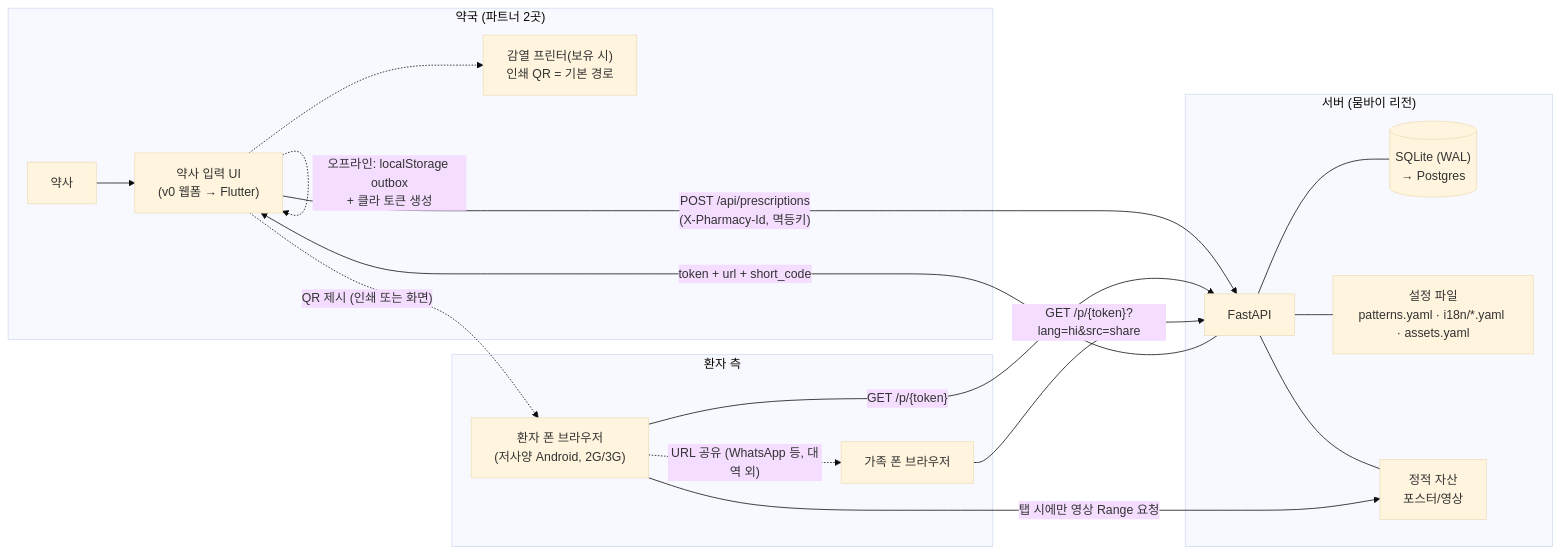
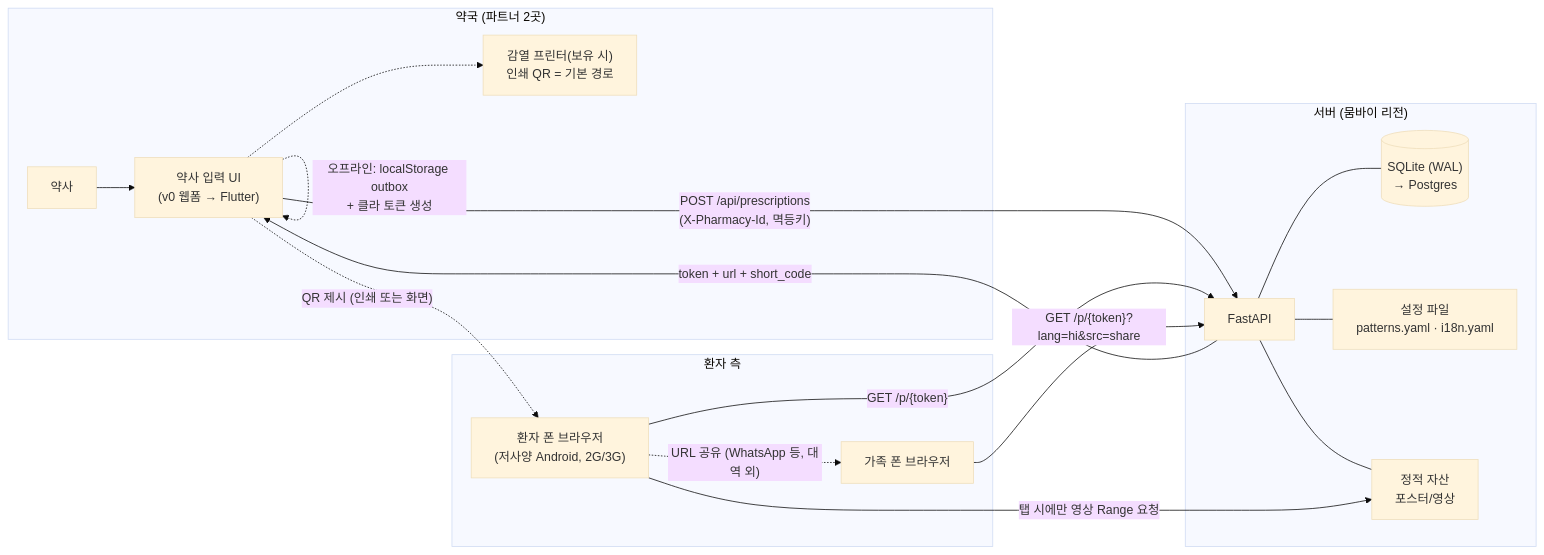
Before and after one commit to sejongwang/indorogagi: the first of 6 diagrams in docs/01-dataflow.md, drawn with Mermaid (base theme). The commit also changed other lines of this file and 54 other files, not shown here.

````diff
--- a/docs/01-dataflow.md
+++ b/docs/01-dataflow.md
@@ -20,26 +20,26 @@
 ```mermaid
 flowchart LR
     subgraph Pharmacy["약국 (파트너 2곳)"]
         Ph["약사"] --> UI["약사 입력 UI<br/>(v0 웹폼 → Flutter)"]
         PR["감열 프린터(보유 시)<br/>인쇄 QR = 기본 경로"]
         UI -.-> PR
     end
     subgraph Server["서버 (뭄바이 리전)"]
         API["FastAPI"] --- DB[("SQLite (WAL)<br/>→ Postgres")]
-        API --- CFG["설정 파일<br/>patterns.yaml · i18n/*.yaml · assets.yaml"]
+        API --- CFG["설정 파일<br/>patterns.yaml · i18n.yaml"]
         API --- ST["정적 자산<br/>포스터/영상"]
     end
     subgraph Patient["환자 측"]
         Pt["환자 폰 브라우저<br/>(저사양 Android, 2G/3G)"]
         Fm["가족 폰 브라우저"]
     end
     UI -- "POST /api/prescriptions<br/>(X-Pharmacy-Id, 멱등키)" --> API
     API -- "token + url + short_code" --> UI
     UI -- "클라 JS로 QR 렌더 (온·오프라인 단일 경로)" --> UI
     UI -. "QR 제시 (인쇄 또는 화면)" .-> Pt
     Pt -- "GET /p/{token}" --> API
     Pt -- "탭 시에만 영상 Range 요청" --> ST
     Pt -. "URL 공유 (WhatsApp 등, 대역 외)" .-> Fm
     Fm -- "GET /p/{token}?lang=hi&src=share" --> API
     UI -. "오프라인: localStorage outbox<br/>+ 클라 토큰 생성" .-> UI
 ```
````
